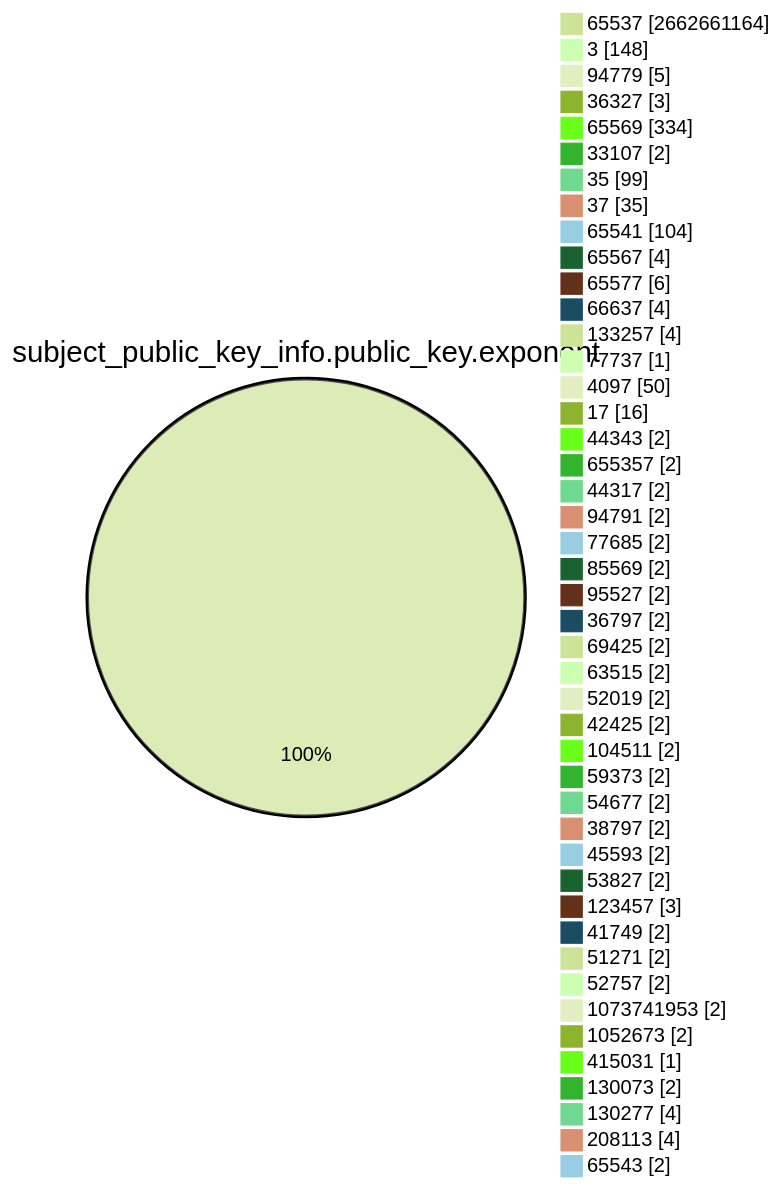
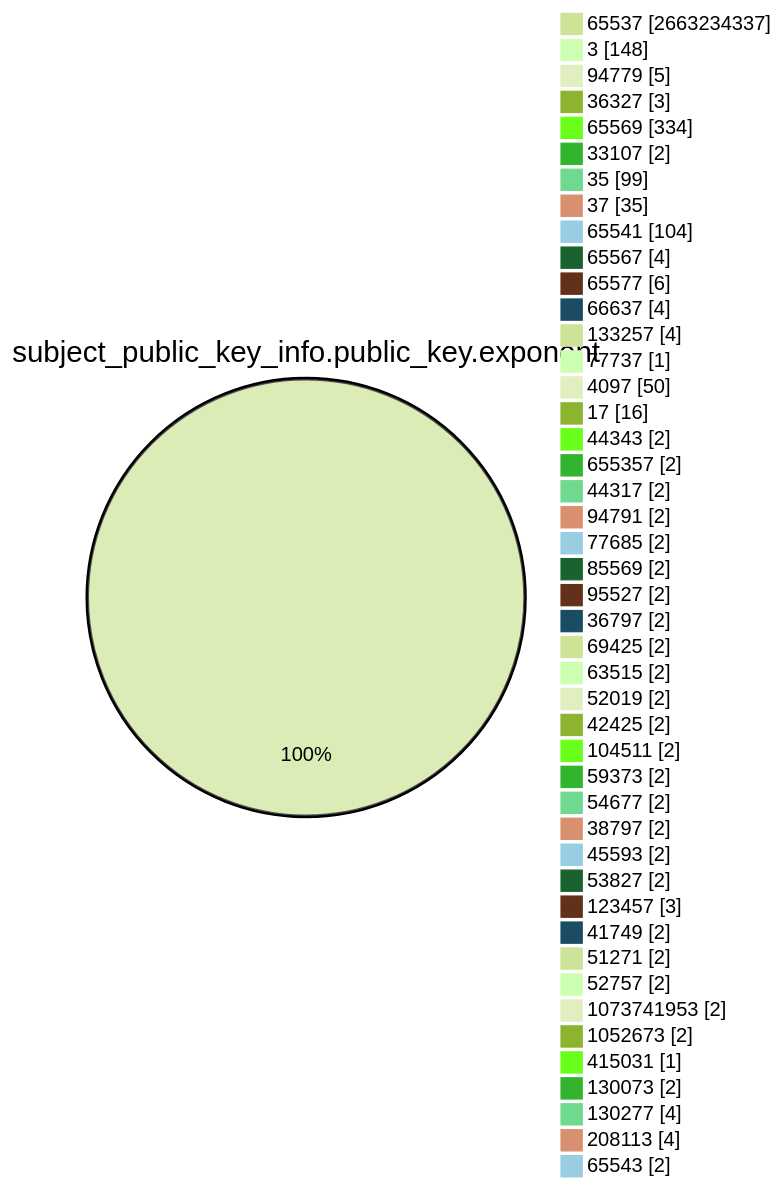
The fourth of 15 diagrams in TOTAL/README.md (christiankrug/ctmonitor_visualization), drawn with Mermaid (forest theme) before and after one commit. The commit also changed other lines of this file, not shown here.

````diff
--- a/TOTAL/README.md
+++ b/TOTAL/README.md
@@ -1467,49 +1467,49 @@
 ```mermaid
 pie showData
 title subject_public_key_info.public_key.exponent
-"65537" :2662661164
+"65537" :2663234337
 "3" :148
 "94779" :5
 "36327" :3
 "65569" :334
 "33107" :2
 "35" :99
 "37" :35
 "65541" :104
 "65567" :4
 "65577" :6
 "66637" :4
 "133257" :4
 "77737" :1
 "4097" :50
 "17" :16
 "44343" :2
 "655357" :2
 "44317" :2
 "94791" :2
 "77685" :2
 "85569" :2
 "95527" :2
 "36797" :2
 "69425" :2
 "63515" :2
 "52019" :2
 "42425" :2
 "104511" :2
 "59373" :2
 "54677" :2
 "38797" :2
 "45593" :2
 "53827" :2
 "123457" :3
 "41749" :2
 "51271" :2
 "52757" :2
 "1073741953" :2
 "1052673" :2
 "415031" :1
 "130073" :2
 "130277" :4
 "208113" :4
 "65543" :2
 ```
````
